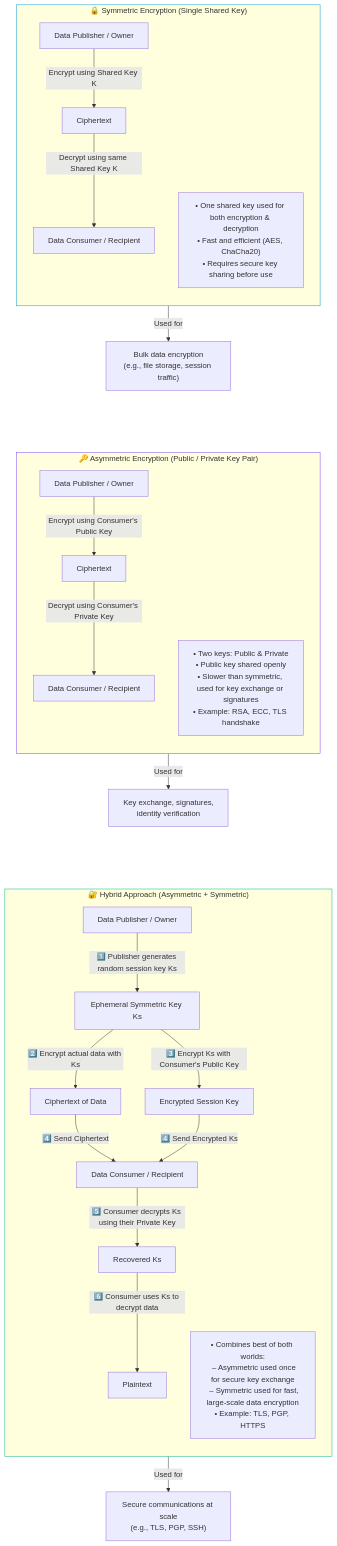
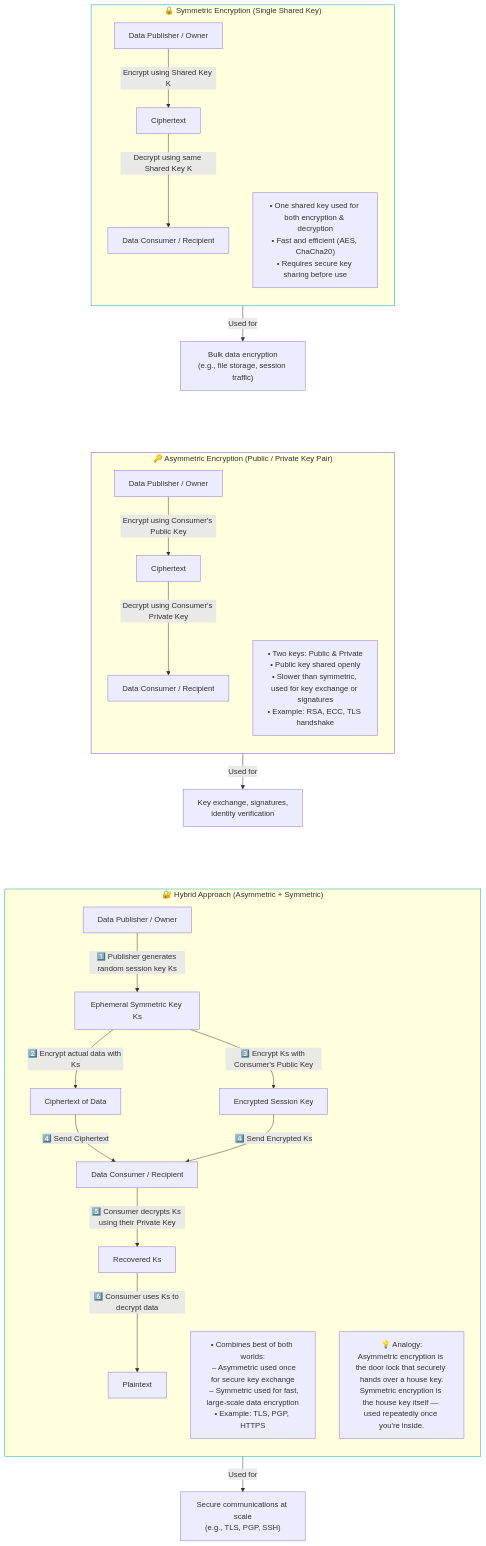
One commit to irahulsawhney/crypto-concepts changed the diagram in diagrams/01-symmetric-asymmetric.mmd. Above: the diagram before and after it, drawn with Mermaid.

Commit message:
Add door lock and house key analogy to hybrid encryption

```diff
--- a/diagrams/01-symmetric-asymmetric.mmd
+++ b/diagrams/01-symmetric-asymmetric.mmd
@@ -1,50 +1,51 @@
 flowchart TB
     %% === SYMMETRIC ENCRYPTION ===
     subgraph Symmetric_Encryption["🔒 Symmetric Encryption (Single Shared Key)"]
         direction TB
         P1["Data Publisher / Owner"]
         C1["Data Consumer / Recipient"]
         P1 -->|Encrypt using Shared Key K| B1[Ciphertext]
         B1 -->|Decrypt using same Shared Key K| C1
         N1["• One shared key used for both encryption & decryption<br/>• Fast and efficient (AES, ChaCha20)<br/>• Requires secure key sharing before use"]
     end
     Symmetric_Encryption -->|Used for| D1["Bulk data encryption<br/>(e.g., file storage, session traffic)"]
 
     D1 ~~~ separator1[ ]
     separator1 ~~~ Asymmetric_Encryption
 
     %% === ASYMMETRIC ENCRYPTION ===
     subgraph Asymmetric_Encryption["🔑 Asymmetric Encryption (Public / Private Key Pair)"]
         direction TB
         P2["Data Publisher / Owner"]
         C2["Data Consumer / Recipient"]
         P2 -->|Encrypt using Consumer's Public Key| B2[Ciphertext]
         B2 -->|Decrypt using Consumer's Private Key| C2
         N2["• Two keys: Public & Private<br/>• Public key shared openly<br/>• Slower than symmetric, used for key exchange or signatures<br/>• Example: RSA, ECC, TLS handshake"]
     end
     Asymmetric_Encryption -->|Used for| D2["Key exchange, signatures,<br/>identity verification"]
 
     D2 ~~~ separator2[ ]
     separator2 ~~~ Hybrid_Encryption
 
     %% === HYBRID ENCRYPTION ===
     subgraph Hybrid_Encryption["🔐 Hybrid Approach (Asymmetric + Symmetric)"]
         direction TB
         PH["Data Publisher / Owner"]
         CH["Data Consumer / Recipient"]
         PH -->|1️⃣ Publisher generates random session key Ks| Step1["Ephemeral Symmetric Key Ks"]
         Step1 -->|2️⃣ Encrypt actual data with Ks| Step2["Ciphertext of Data"]
         Step1 -->|3️⃣ Encrypt Ks with Consumer's Public Key| Step3["Encrypted Session Key"]
         Step2 -->|4️⃣ Send Ciphertext| CH
         Step3 -->|4️⃣ Send Encrypted Ks| CH
         CH -->|5️⃣ Consumer decrypts Ks using their Private Key| Step4["Recovered Ks"]
         Step4 -->|6️⃣ Consumer uses Ks to decrypt data| Step5["Plaintext"]
         NH["• Combines best of both worlds:<br/>  – Asymmetric used once for secure key exchange<br/>  – Symmetric used for fast, large-scale data encryption<br/>• Example: TLS, PGP, HTTPS"]
+        Analogy["💡 Analogy:<br/>Asymmetric encryption is the door lock that securely hands over a house key.<br/>Symmetric encryption is the house key itself — used repeatedly once you're inside."]
     end
     Hybrid_Encryption -->|Used for| D3["Secure communications at scale<br/>(e.g., TLS, PGP, SSH)"]
 
     style Symmetric_Encryption stroke:#0099cc,stroke-width:1px
     style Asymmetric_Encryption stroke:#7a42f4,stroke-width:1px
     style Hybrid_Encryption stroke:#00b386,stroke-width:1px
     style separator1 fill:none,stroke:none
     style separator2 fill:none,stroke:none
```
